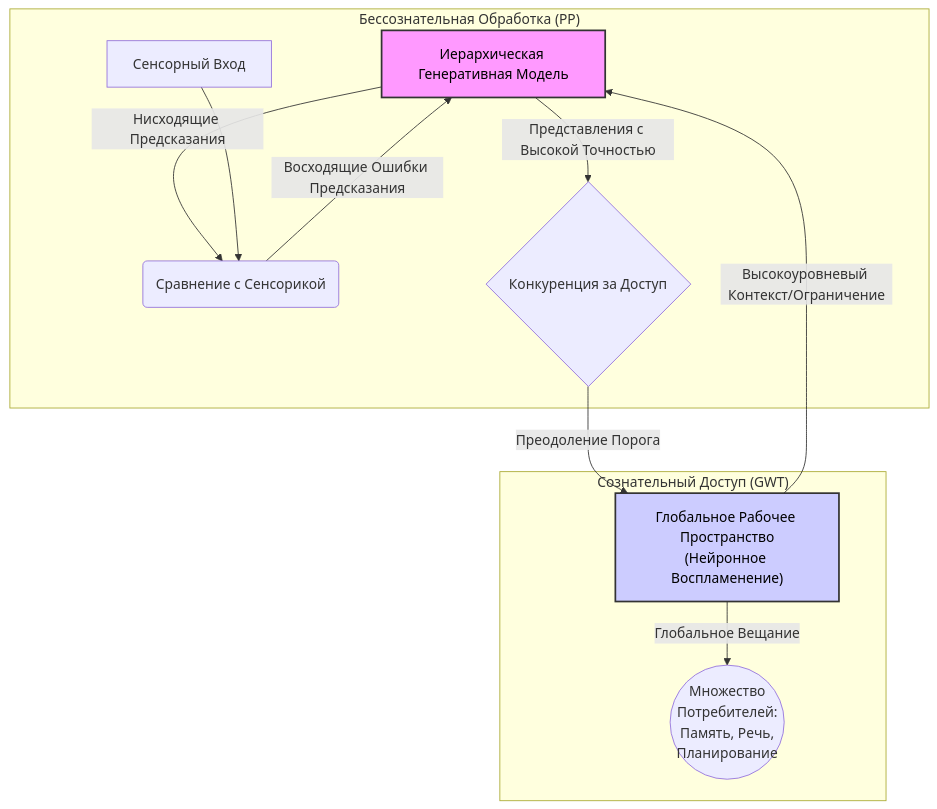
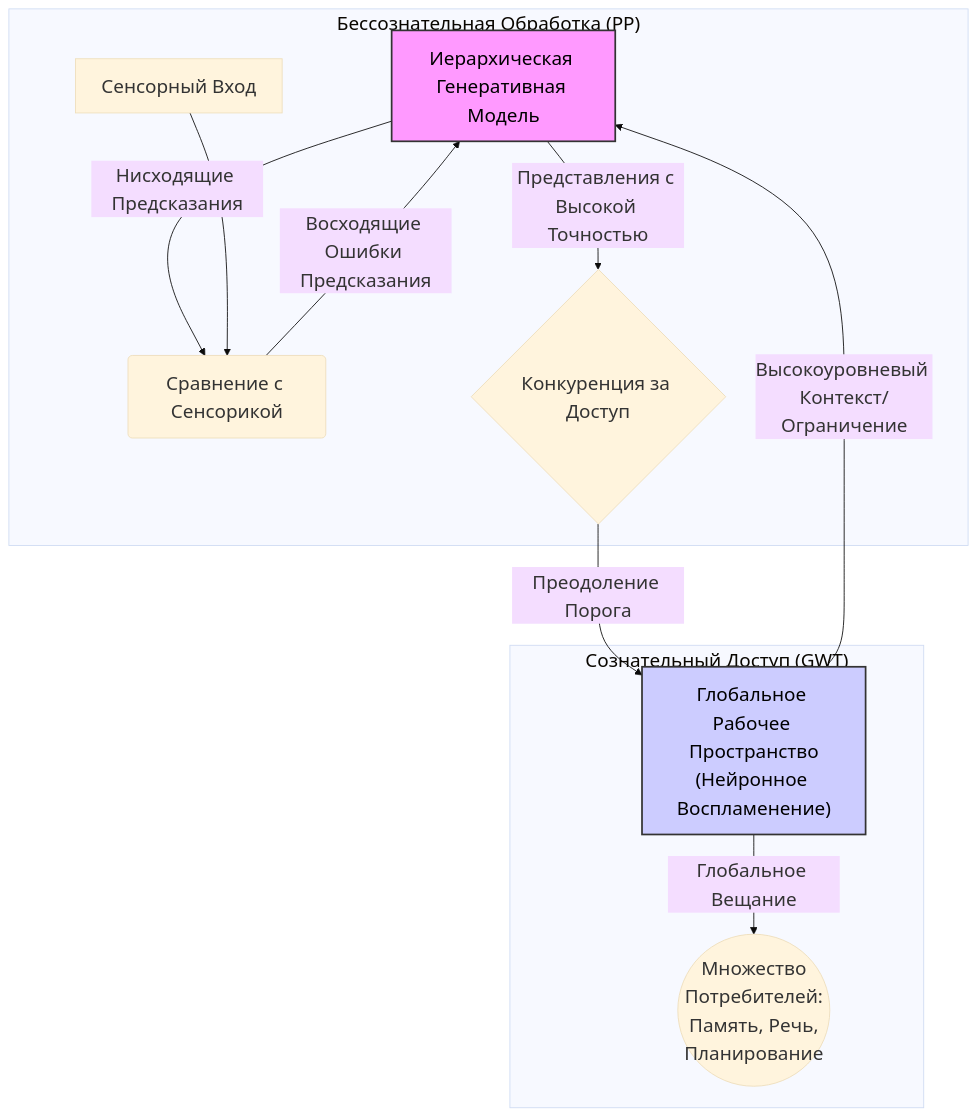
One commit to Antimortine/epet-course changed the diagram in docs/module5/05-pp-gwt-interface.md. Above: the diagram before and after it, drawn with Mermaid.

Commit message:
Ещё попытка

````diff
--- a/docs/module5/05-pp-gwt-interface.md
+++ b/docs/module5/05-pp-gwt-interface.md
@@ -45,20 +45,22 @@
 ```mermaid
+%%{init: {'securityLevel': 'loose', 'theme': 'base',
+          'themeVariables': { 'fontSize': '22px', 'fontFamily': 'Inter, Roboto, Arial, sans-serif' }}}%%
 graph TD
     subgraph "Бессознательная Обработка (PP)"
         A[Иерархическая Генеративная Модель] -- "Нисходящие Предсказания" --> B(Сравнение с Сенсорикой);
         C[Сенсорный Вход] --> B;
         B -- "Восходящие Ошибки Предсказания" --> A;
         A -- "Представления с Высокой Точностью" --> D{Конкуренция за Доступ};
     end
 
     subgraph "Сознательный Доступ (GWT)"
         D -- "Преодоление Порога" --> E["Глобальное Рабочее Пространство<br>(Нейронное Воспламенение)"];
         E -- "Глобальное Вещание" --> F((Множество<br>Потребителей:<br>Память, Речь,<br>Планирование));
     end
 
     E -- "Высокоуровневый Контекст/Ограничение" --> A;
 
     %% --- Стили для контраста --- %%
     style A fill:#f9f,stroke:#333,stroke-width:2px,color:#000
     style E fill:#ccf,stroke:#333,stroke-width:2px,color:#000
 ```
````
